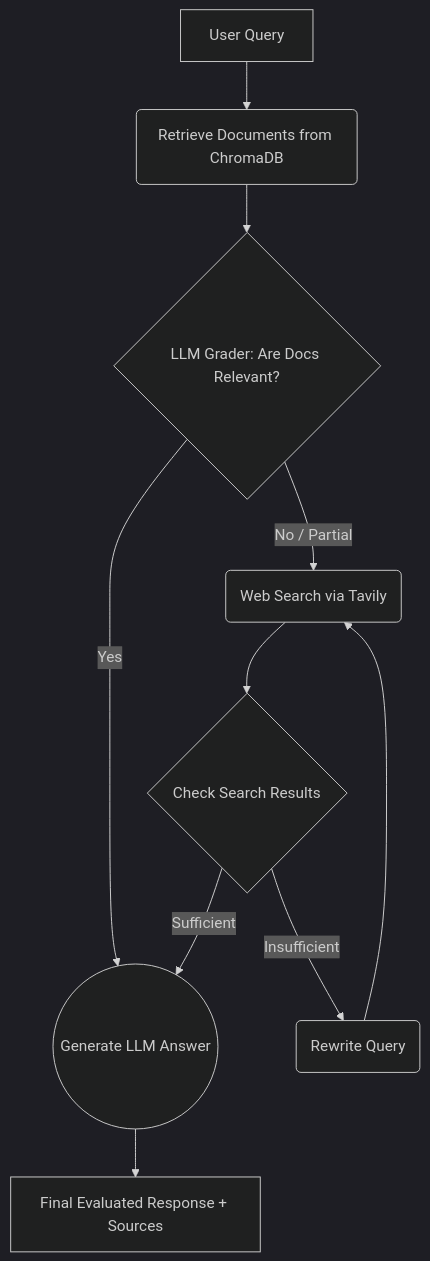
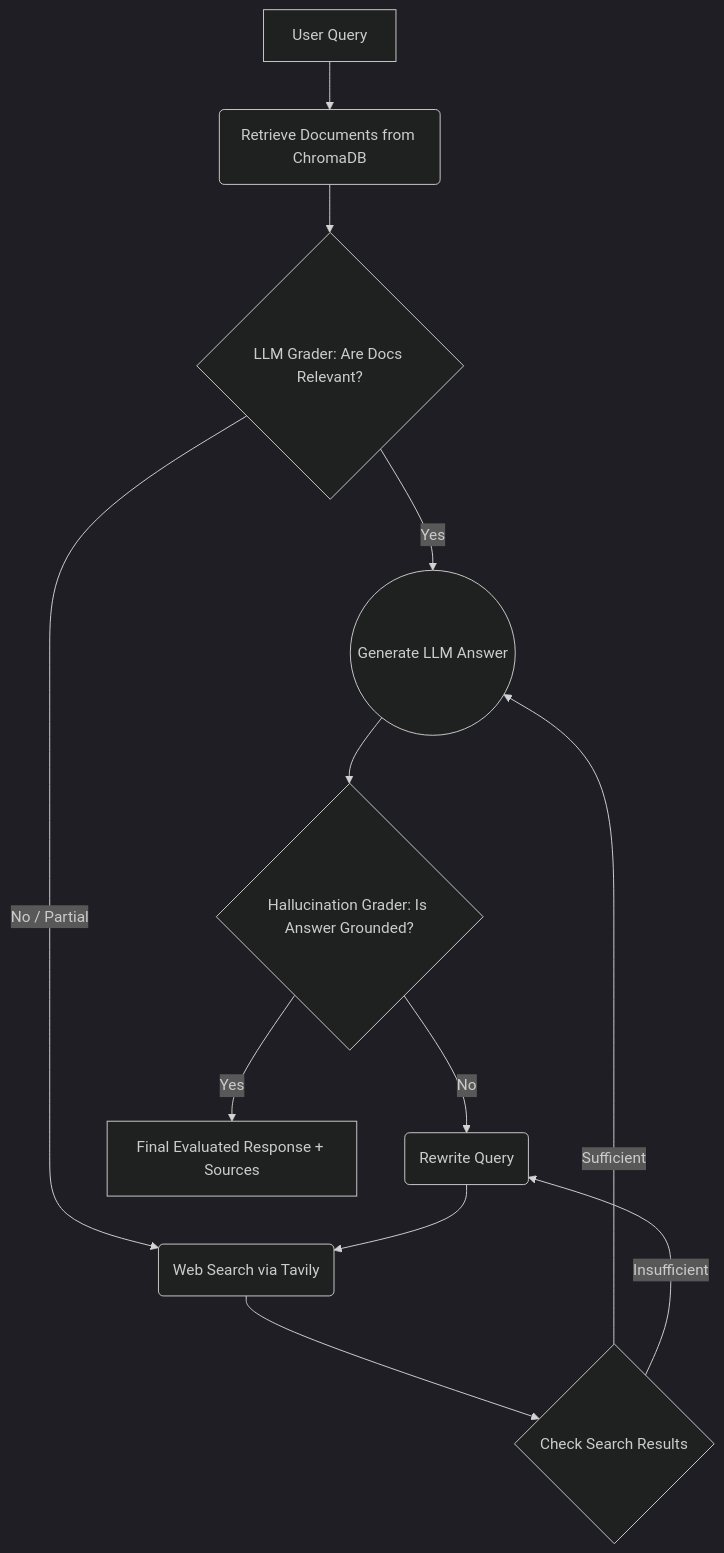
Before and after one commit to TushirSahu/CRAG: the diagram in README.md, drawn with Mermaid (dark theme). The commit also changed other lines of this file, not shown here.

````diff
--- a/README.md
+++ b/README.md
@@ -25,16 +27,17 @@
 ```mermaid
 graph TD
     A[User Query] --> B(Retrieve Documents from ChromaDB)
     B --> C{LLM Grader: Are Docs Relevant?}
     
     C -- Yes --> D((Generate LLM Answer))
+    C -- No / Partial --> E(Web Search via Tavily)
     
-    C -- No / Partial --> E(Web Search via Tavily)
     E --> F{Check Search Results}
-    
     F -- Sufficient --> D
     F -- Insufficient --> G(Rewrite Query)
     G --> E
     
-    D --> H[Final Evaluated Response + Sources]
+    D --> I{Hallucination Grader: Is Answer Grounded?}
+    I -- Yes --> H[Final Evaluated Response + Sources]
+    I -- No --> G
 ```
````
